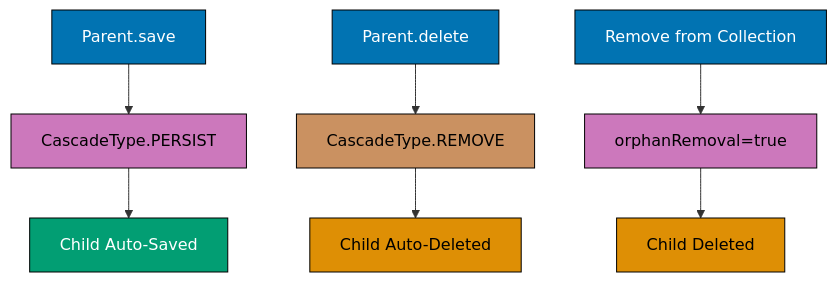
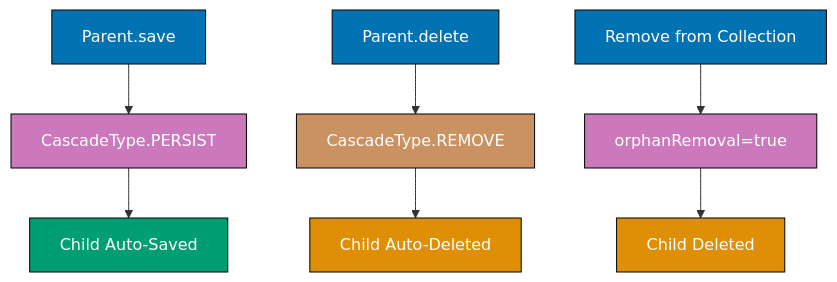
Before and after one commit to wahidyankf/open-sharia-enterprise: the ninth of 12 diagrams in apps/ayokoding-web/content/en/learn/software-engineering/data/tools/spring-data-jpa/by-example/intermediate.md, drawn with Mermaid. The commit also changed other lines of this file and 61 other files, not shown here.

First line of the commit message:
fix(ayokoding-web): quote Mermaid node labels with special characters in Example 63

````diff
--- a/apps/ayokoding-web/content/en/learn/software-engineering/data/tools/spring-data-jpa/by-example/intermediate.md
+++ b/apps/ayokoding-web/content/en/learn/software-engineering/data/tools/spring-data-jpa/by-example/intermediate.md
@@ -1536,20 +1536,20 @@
 ```mermaid
 %% Cascade operation flow
 graph TD
     A[Parent.save] --> B[CascadeType.PERSIST]
     B --> C[Child Auto-Saved]
     D[Parent.delete] --> E[CascadeType.REMOVE]
     E --> F[Child Auto-Deleted]
     G[Remove from Collection] --> H[orphanRemoval=true]
     H --> I[Child Deleted]
 
     style A fill:#0173B2,stroke:#000,color:#fff
-    style B fill:#CC78BC,stroke:#000,color:#000
+    style B fill:#CC78BC,stroke:#000,color:#fff
     style C fill:#029E73,stroke:#000,color:#fff
     style D fill:#0173B2,stroke:#000,color:#fff
-    style E fill:#CA9161,stroke:#000,color:#000
-    style F fill:#DE8F05,stroke:#000,color:#000
+    style E fill:#CA9161,stroke:#000,color:#fff
+    style F fill:#DE8F05,stroke:#000,color:#fff
     style G fill:#0173B2,stroke:#000,color:#fff
-    style H fill:#CC78BC,stroke:#000,color:#000
-    style I fill:#DE8F05,stroke:#000,color:#000
+    style H fill:#CC78BC,stroke:#000,color:#fff
+    style I fill:#DE8F05,stroke:#000,color:#fff
 ```
````
